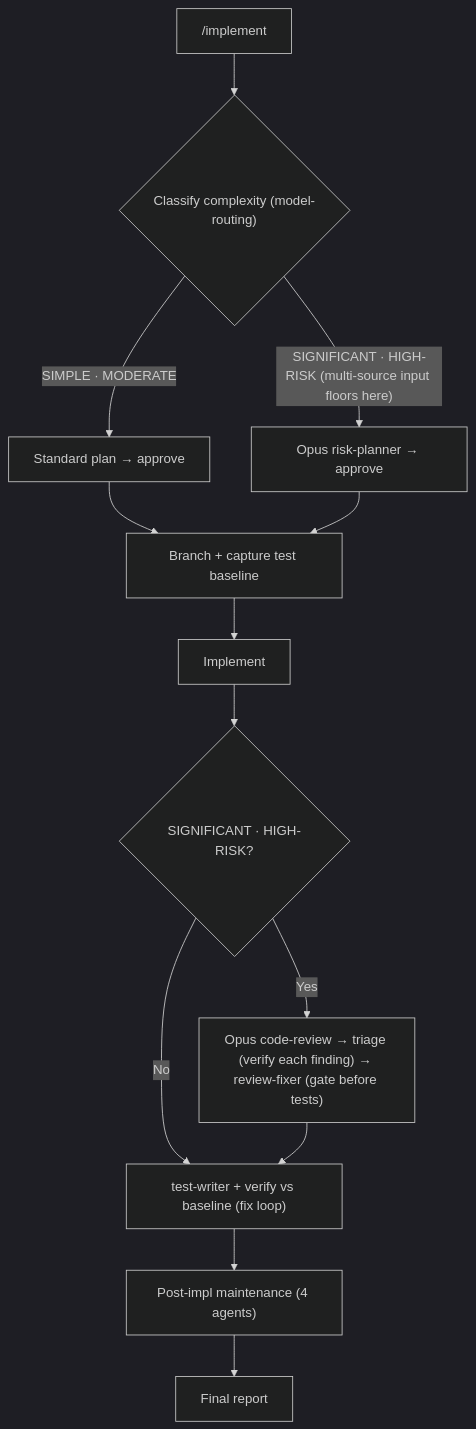
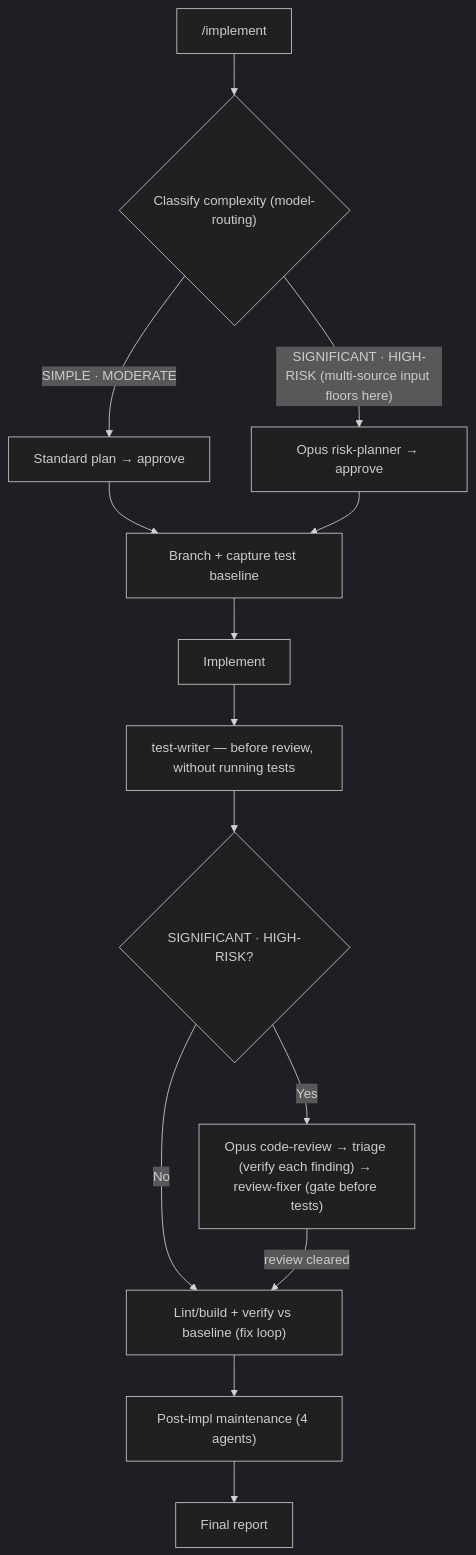
One commit to ihudak/ai-workflows changed the diagram in plugins/dev-workflows/docs/commands/implement.md. Above: the diagram before and after it, drawn with Mermaid (dark theme). The commit also changed other lines of this file and 10 other files, not shown here.

First line of the commit message:
docs: diagrams and workflow pages follow the commands they draw

````diff
--- a/plugins/dev-workflows/docs/commands/implement.md
+++ b/plugins/dev-workflows/docs/commands/implement.md
@@ -25,14 +25,15 @@
 ```mermaid
 flowchart TD
     IN["/implement"] --> C{"Classify complexity (model-routing)"}
     C -->|SIMPLE · MODERATE| P1["Standard plan → approve"]
     C -->|"SIGNIFICANT · HIGH-RISK (multi-source input floors here)"| P2["Opus risk-planner → approve"]
     P1 --> BR["Branch + capture test baseline"]
     P2 --> BR
     BR --> IM["Implement"]
-    IM --> G{"SIGNIFICANT · HIGH-RISK?"}
+    IM --> TW["test-writer — before review, without running tests"]
+    TW --> G{"SIGNIFICANT · HIGH-RISK?"}
     G -->|Yes| RV["Opus code-review → triage (verify each finding) → review-fixer (gate before tests)"]
-    G -->|No| TS["test-writer + verify vs baseline (fix loop)"]
-    RV --> TS
+    G -->|No| TS["Lint/build + verify vs baseline (fix loop)"]
+    RV -->|review cleared| TS
     TS --> MT["Post-impl maintenance (4 agents)"] --> RP["Final report"]
 ```
````
